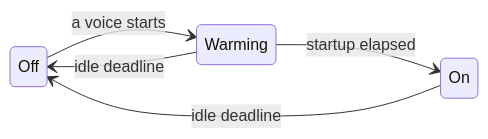
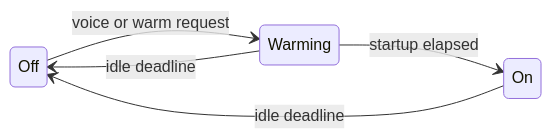
One commit to jose-villegas/autana changed the second of 5 diagrams in docs/audio/Mixer-Internals.md. Above: the diagram before and after it, drawn with Mermaid. The commit also changed other lines of this file and 21 other files, not shown here.

````diff
--- a/docs/audio/Mixer-Internals.md
+++ b/docs/audio/Mixer-Internals.md
@@ -70,8 +72,8 @@
 ```mermaid
 stateDiagram-v2
     direction LR
-    Off --> Warming: a voice starts
+    Off --> Warming: voice or warm request
     Warming --> On: startup elapsed
     On --> Off: idle deadline
     Warming --> Off: idle deadline
 ```
````
